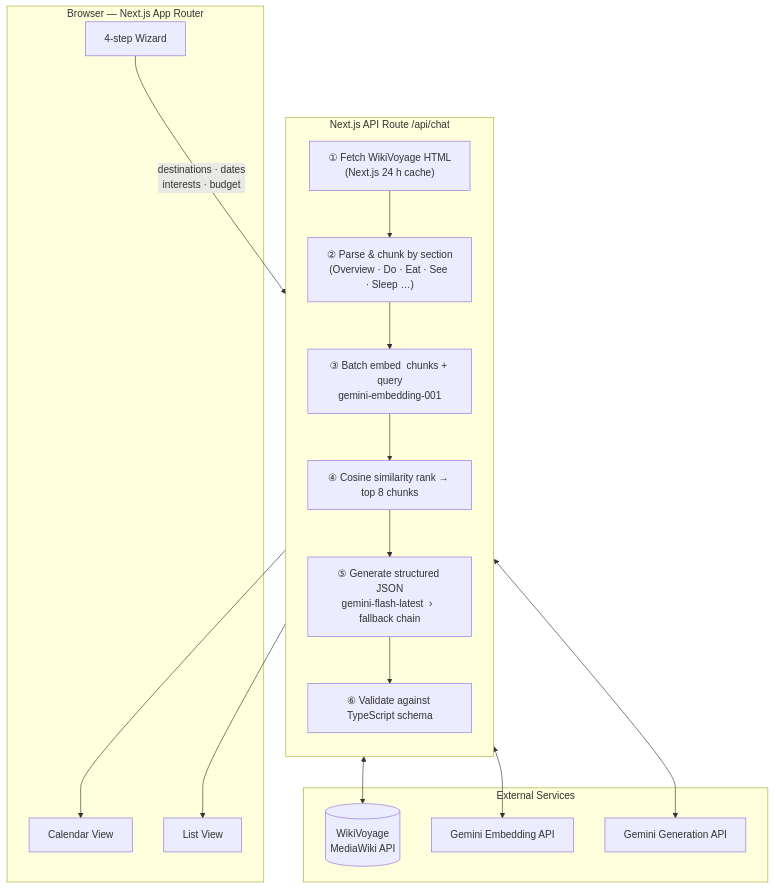
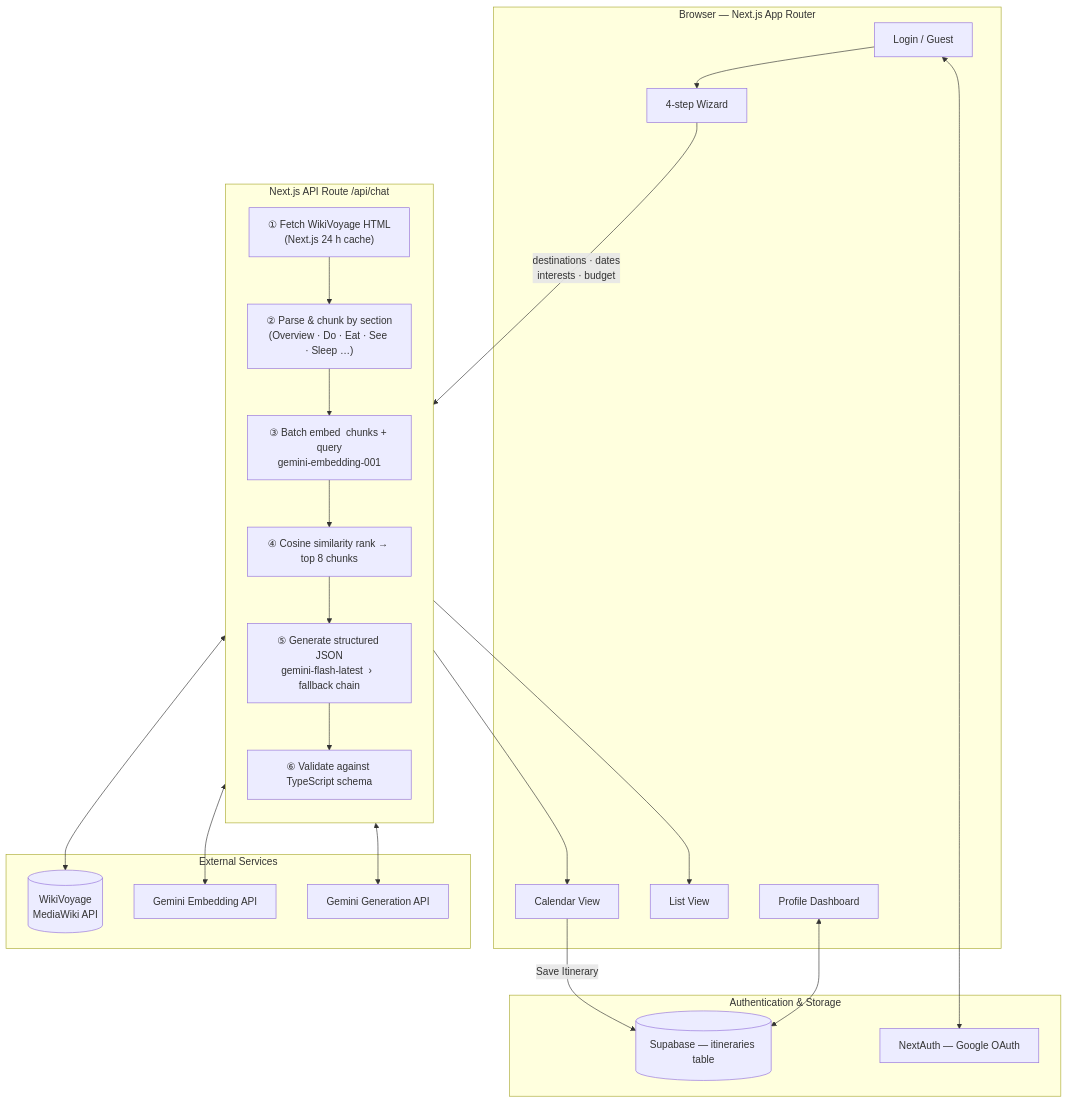
Before and after one commit to uma-menon/travel-planner: the diagram in README.md, drawn with Mermaid. The commit also changed other lines of this file, not shown here.

````diff
--- a/README.md
+++ b/README.md
@@ -29,34 +31,45 @@
 ```mermaid
 flowchart TD
     subgraph Browser["Browser — Next.js App Router"]
+        Login[Login / Guest]
         W[4-step Wizard]
         C[Calendar View]
         L[List View]
+        Profile[Profile Dashboard]
+    end
+
+    subgraph Auth["Authentication & Storage"]
+        NA[NextAuth — Google OAuth]
+        SB[(Supabase — itineraries table)]
     end
 
     subgraph API["Next.js API Route  /api/chat"]
         direction TB
         F["① Fetch WikiVoyage HTML\n(Next.js 24 h cache)"]
         P["② Parse & chunk by section\n(Overview · Do · Eat · See · Sleep …)"]
         E["③ Batch embed  chunks + query\ngemini-embedding-001"]
         R["④ Cosine similarity rank → top 8 chunks"]
         G["⑤ Generate structured JSON\ngemini-flash-latest  ›  fallback chain"]
         V["⑥ Validate against TypeScript schema"]
     end
 
     subgraph Ext["External Services"]
         WV[(WikiVoyage\nMediaWiki API)]
         GE[Gemini Embedding API]
         GG[Gemini Generation API]
     end
 
+    Login --> W
     W -- "destinations · dates\ninterests · budget" --> API
+    Login <--> NA
+    C -- "Save Itinerary" --> SB
+    Profile <--> SB
     F <--> WV
     F --> P --> E
     E <--> GE
     E --> R --> G
     G <--> GG
     G --> V
     V --> C
     V --> L
 ```
````
